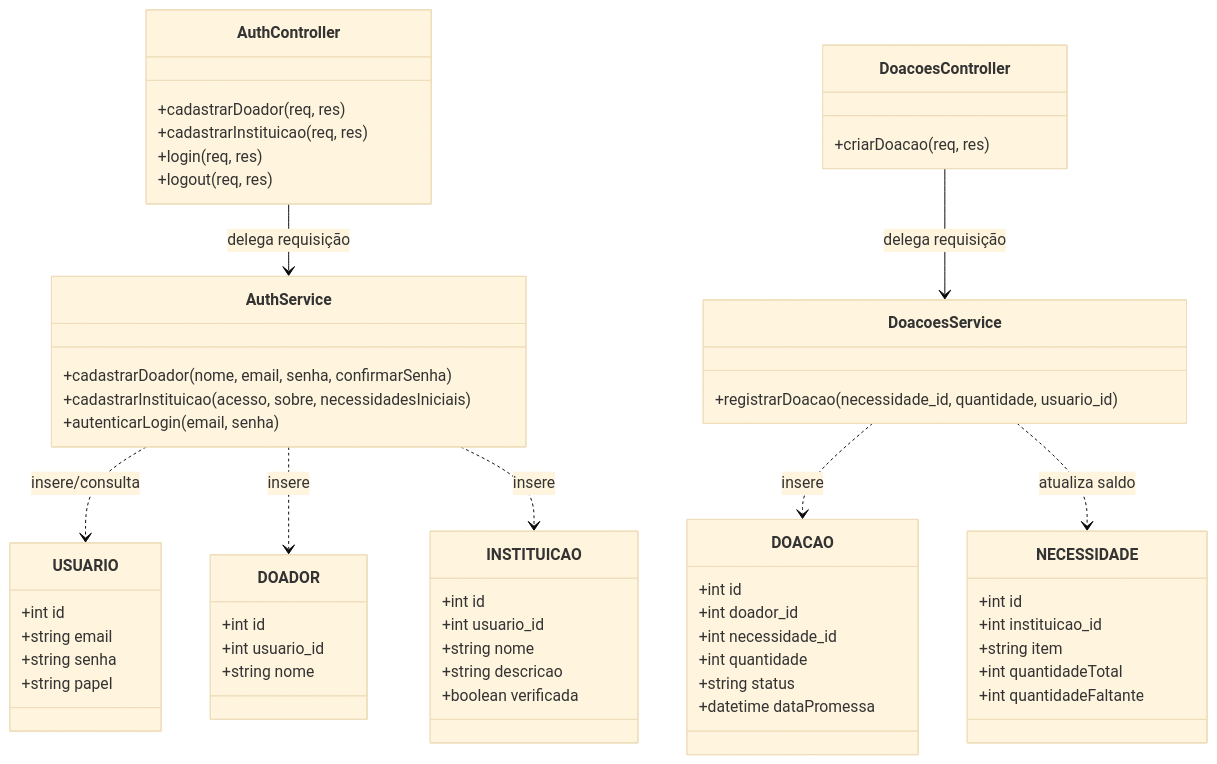
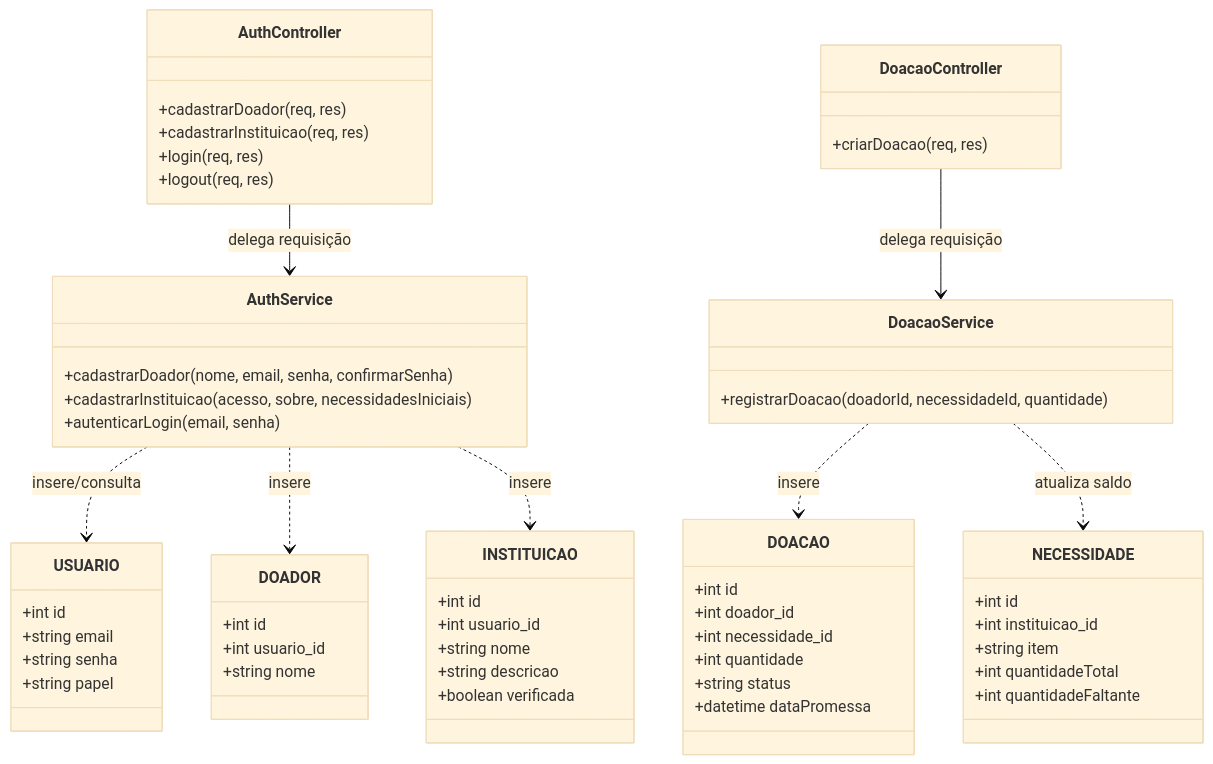
One commit to gigi-zacaroni/tp-eng-software changed the second of 2 diagrams in docs/modelagem/modelagem.md. Above: the diagram before and after it, drawn with Mermaid (base theme). The commit also changed other lines of this file and 1 other file, not shown here.

````diff
--- a/docs/modelagem/modelagem.md
+++ b/docs/modelagem/modelagem.md
@@ -87,75 +87,75 @@
 ```mermaid
 classDiagram
     %% 1. Camada de Controladores (Recebem a requisição)
     class AuthController {
         +cadastrarDoador(req, res)
         +cadastrarInstituicao(req, res)
         +login(req, res)
         +logout(req, res)
     }
 
-    class DoacoesController {
+    class DoacaoController {
         +criarDoacao(req, res)
     }
 
     %% 2. Camada de Serviços (Executam a regra de negócio)
     class AuthService {
         +cadastrarDoador(nome, email, senha, confirmarSenha)
         +cadastrarInstituicao(acesso, sobre, necessidadesIniciais)
         +autenticarLogin(email, senha)
     }
 
-    class DoacoesService {
-        +registrarDoacao(necessidade_id, quantidade, usuario_id)
+    class DoacaoService {
+        +registrarDoacao(doadorId, necessidadeId, quantidade)
     }
 
     %% 3. Entidades do Banco de Dados 
     class USUARIO {
         +int id
         +string email
         +string senha
         +string papel
     }
 
     class DOADOR {
         +int id
         +int usuario_id
         +string nome
     }
 
     class INSTITUICAO {
         +int id
         +int usuario_id
         +string nome
         +string descricao
         +boolean verificada
     }
 
     class NECESSIDADE {
         +int id
         +int instituicao_id
         +string item
         +int quantidadeTotal
         +int quantidadeFaltante
     }
 
     class DOACAO {
         +int id
         +int doador_id
         +int necessidade_id
         +int quantidade
         +string status
         +datetime dataPromessa
     }
 
     %% 4. Relacionamentos Arquiteturais (Baixo Acoplamento)
     AuthController --> AuthService : delega requisição
-    DoacoesController --> DoacoesService : delega requisição
+    DoacaoController --> DoacaoService : delega requisição
 
     AuthService ..> USUARIO : insere/consulta
     AuthService ..> DOADOR : insere
     AuthService ..> INSTITUICAO : insere
     
-    DoacoesService ..> DOACAO : insere
-    DoacoesService ..> NECESSIDADE : atualiza saldo
+    DoacaoService ..> DOACAO : insere
+    DoacaoService ..> NECESSIDADE : atualiza saldo
 ```
````
